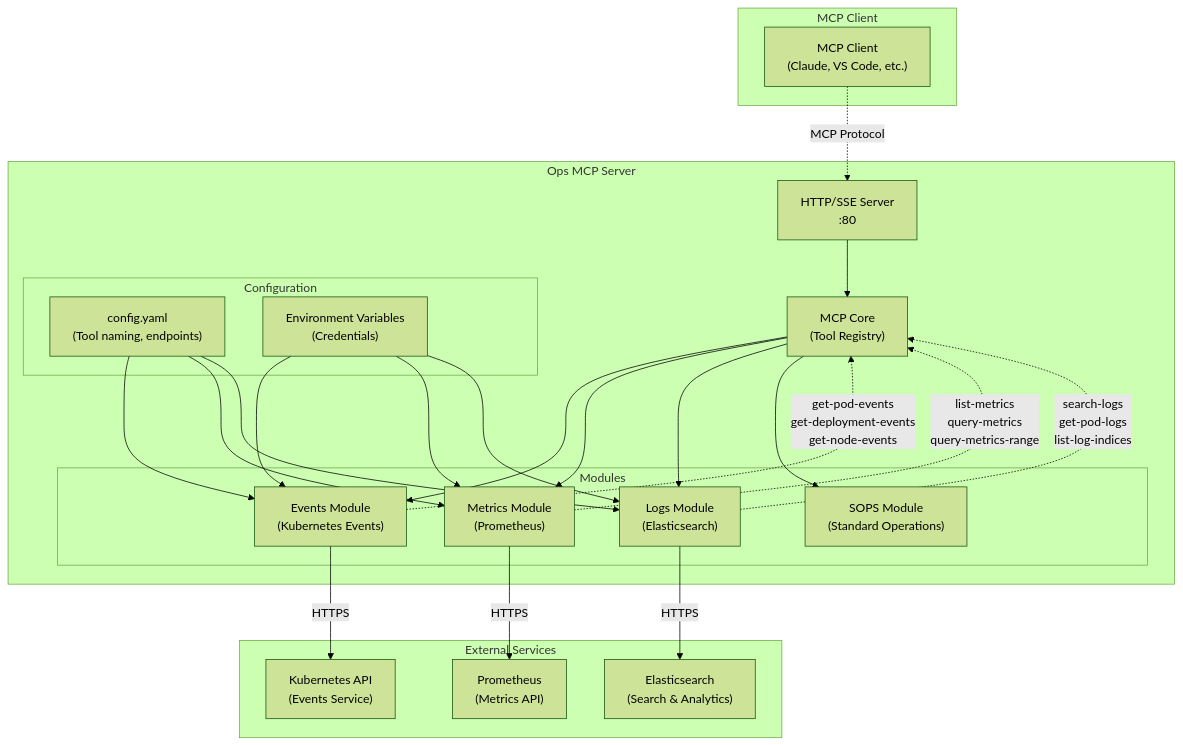
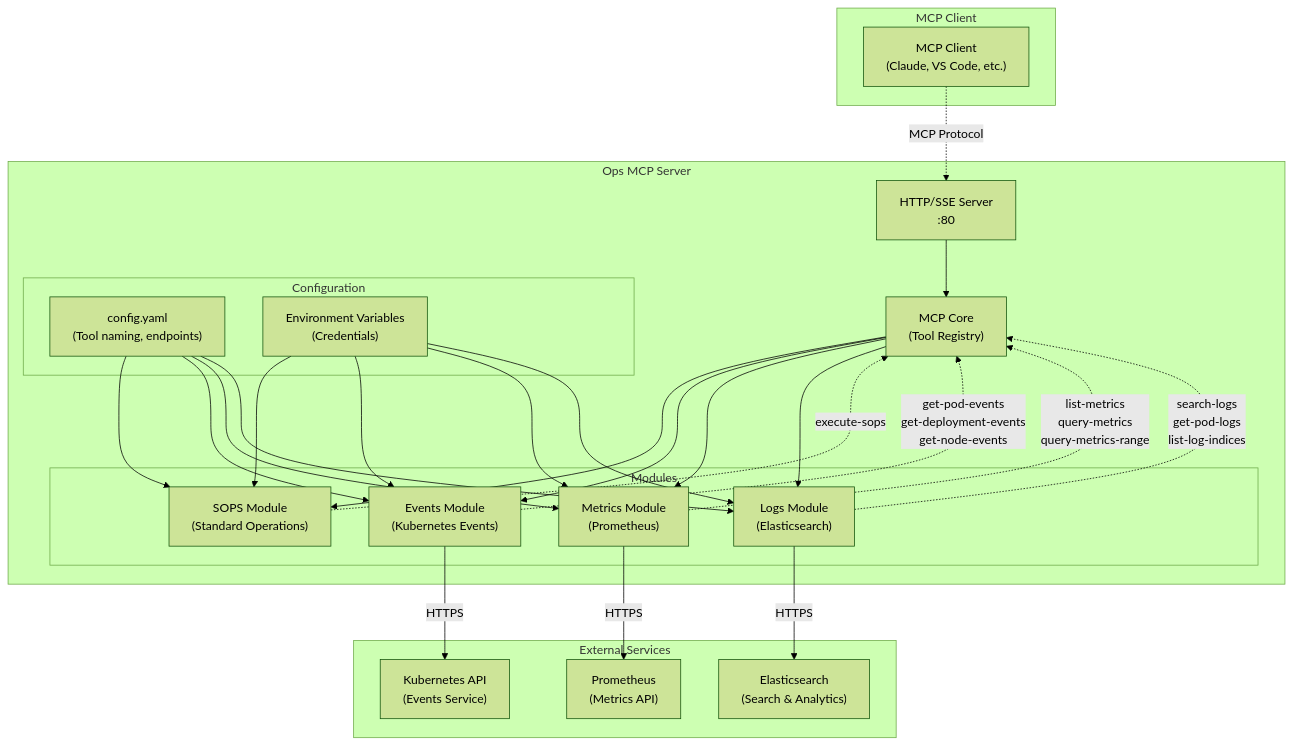
Before and after one commit to shaowenchen/ops-mcp-server: the diagram in README.md, drawn with Mermaid (forest theme). The commit also changed other lines of this file and 334 other files, not shown here.

````diff
--- a/README.md
+++ b/README.md
@@ -11,51 +11,54 @@
 ```mermaid
 graph TB
     subgraph "MCP Client"
         Client["MCP Client<br/>(Claude, VS Code, etc.)"]
     end
 
     subgraph "Ops MCP Server"
         Server["HTTP/SSE Server<br/>:80"]
         Core["MCP Core<br/>(Tool Registry)"]
 
         subgraph "Modules"
+            SOPS["SOPS Module<br/>(Standard Operations)"]
             Events["Events Module<br/>(Kubernetes Events)"]
             Metrics["Metrics Module<br/>(Prometheus)"]
             Logs["Logs Module<br/>(Elasticsearch)"]
-            SOPS["SOPS Module<br/>(Standard Operations)"]
         end
 
         subgraph "Configuration"
             Config["config.yaml<br/>(Tool naming, endpoints)"]
             Env["Environment Variables<br/>(Credentials)"]
         end
     end
 
     subgraph "External Services"
         K8sAPI["Kubernetes API<br/>(Events Service)"]
         Prometheus["Prometheus<br/>(Metrics API)"]
         ES["Elasticsearch<br/>(Search & Analytics)"]
     end
 
     Client -.->|MCP Protocol| Server
     Server --> Core
+    Core --> SOPS
     Core --> Events
     Core --> Metrics
     Core --> Logs
-    Core --> SOPS
 
     Events -->|HTTPS| K8sAPI
     Metrics -->|HTTPS| Prometheus
     Logs -->|HTTPS| ES
 
+    Config --> SOPS
     Config --> Events
     Config --> Metrics
     Config --> Logs
+    Env --> SOPS
     Env --> Events
     Env --> Metrics
     Env --> Logs
 
+    SOPS -.->|"execute-sops"| Core
     Events -.->|"get-pod-events<br/>get-deployment-events<br/>get-node-events"| Core
     Metrics -.->|"list-metrics<br/>query-metrics<br/>query-metrics-range"| Core
     Logs -.->|"search-logs<br/>get-pod-logs<br/>list-log-indices"| Core
 ```
````
